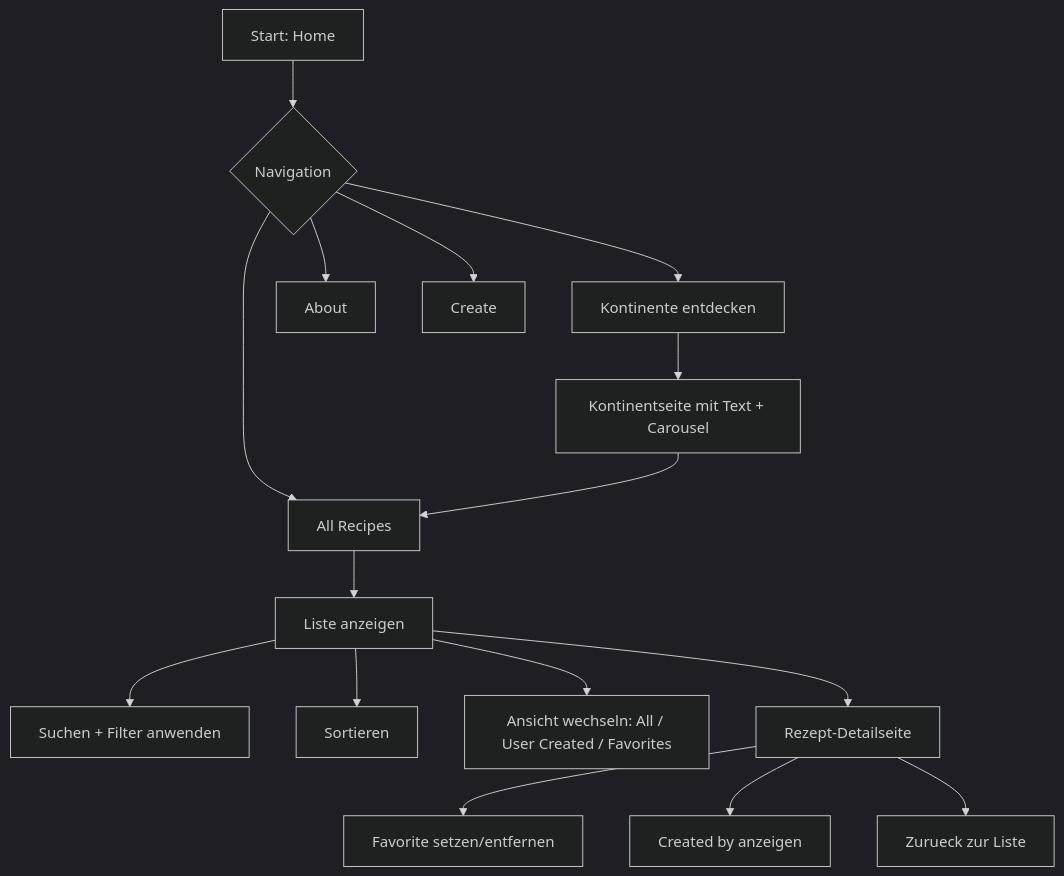
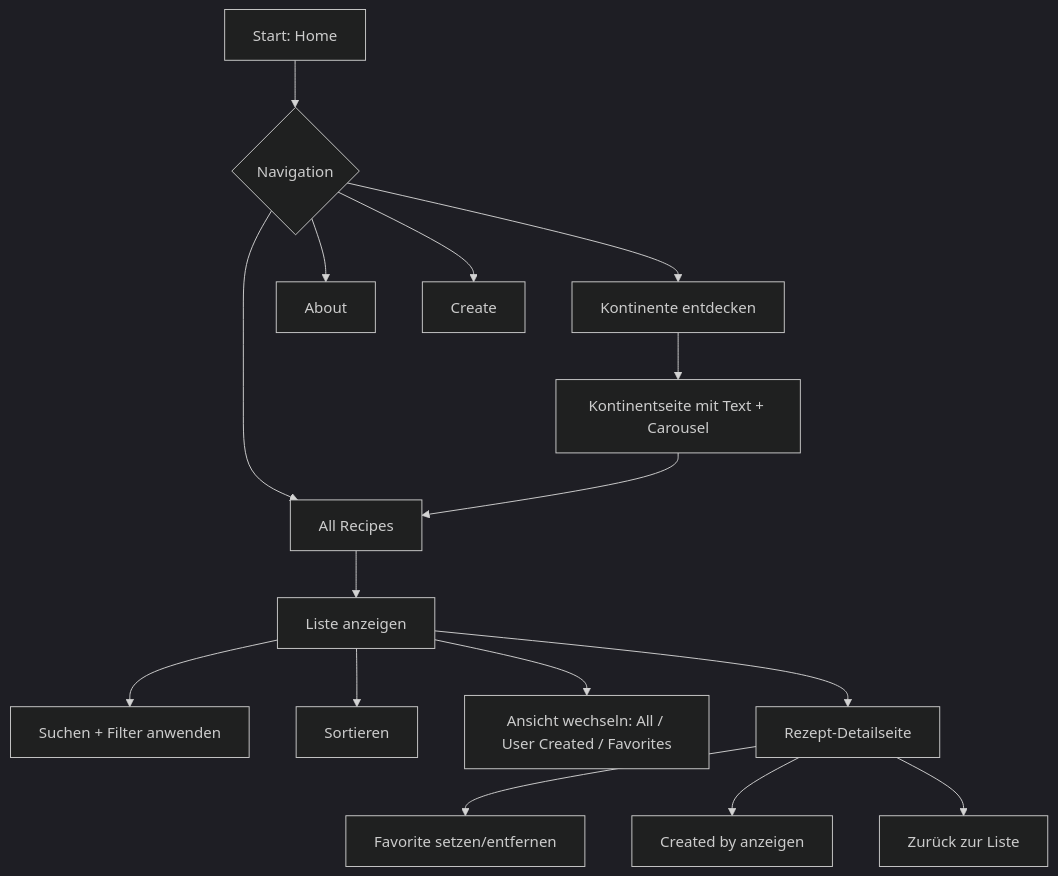
Before and after one commit to blobyT1/globe-recipes: the first of 5 diagrams in README.md, drawn with Mermaid (dark theme). The commit also changed other lines of this file, not shown here.

````diff
--- a/README.md
+++ b/README.md
@@ -69,21 +69,21 @@
 ```mermaid
 flowchart TD
   A[Start: Home] --> B{Navigation}
   B --> C[Kontinente entdecken]
   B --> D[All Recipes]
   B --> E[About]
   B --> F[Create]
 
   C --> C1[Kontinentseite mit Text + Carousel]
   C1 --> D
 
   D --> D1[Liste anzeigen]
   D1 --> D2[Suchen + Filter anwenden]
   D1 --> D3[Sortieren]
   D1 --> D4[Ansicht wechseln: All / User Created / Favorites]
   D1 --> G[Rezept-Detailseite]
 
   G --> G1[Favorite setzen/entfernen]
   G --> G2[Created by anzeigen]
-  G --> G3[Zurueck zur Liste]
+  G --> G3[Zurück zur Liste]
 ```
````
